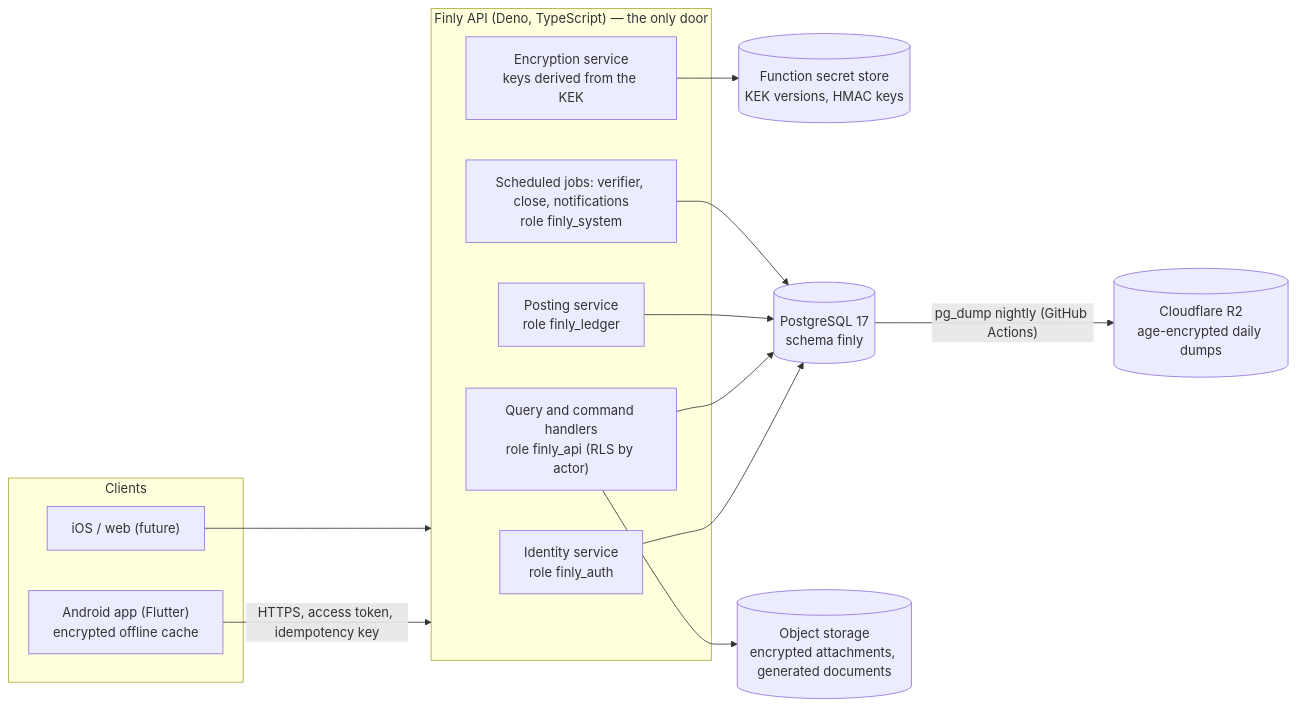
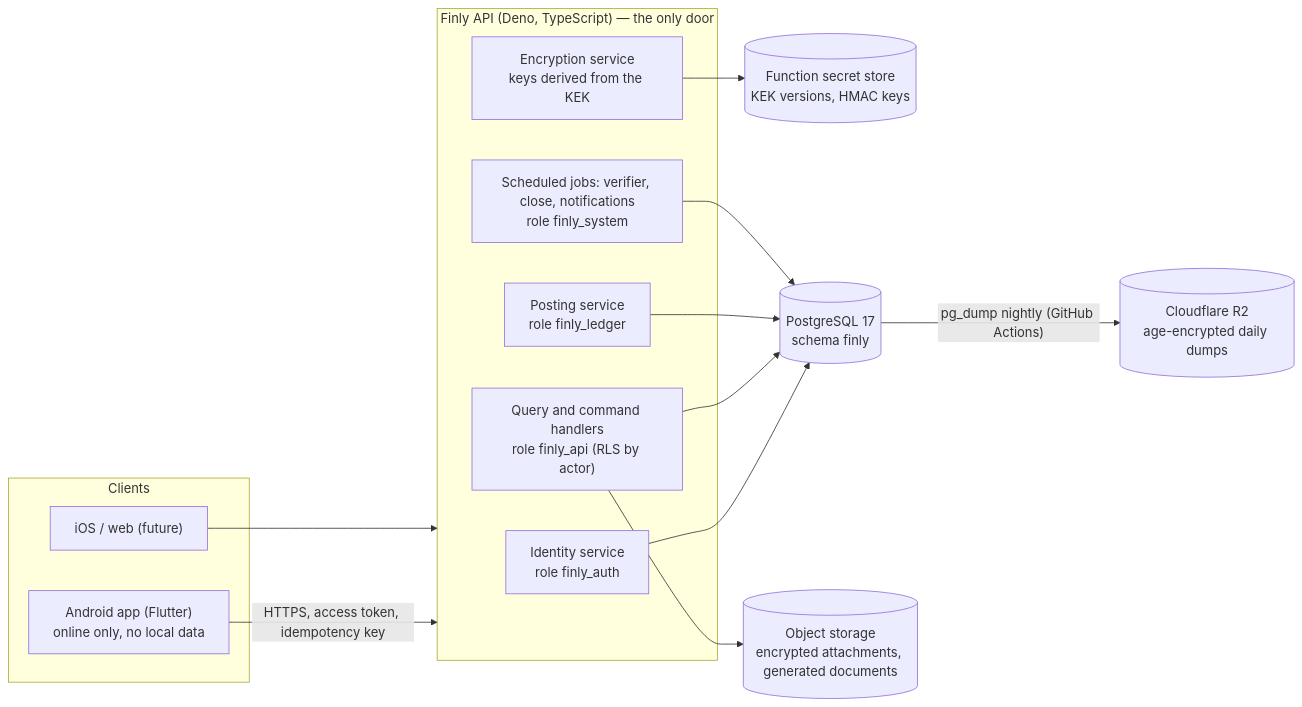
Before and after one commit to thehummingbirdsrudios-lgtm/Finly: the first of 2 diagrams in docs/database/01-architecture.md, drawn with Mermaid. The commit also changed other lines of this file and 20 other files, not shown here.

First line of the commit message:
feat(db): acknowledgement, account activation and online-only schema (migration 0010)

````diff
--- a/docs/database/01-architecture.md
+++ b/docs/database/01-architecture.md
@@ -47,28 +47,28 @@
 ```mermaid
 flowchart LR
   subgraph Clients
-    android["Android app (Flutter)<br/>encrypted offline cache"]
+    android["Android app (Flutter)<br/>online only, no local data"]
     future["iOS / web (future)"]
   end
   subgraph Backend["Finly API (Deno, TypeScript) — the only door"]
     auth["Identity service<br/>role finly_auth"]
     query["Query and command handlers<br/>role finly_api (RLS by actor)"]
     ledger["Posting service<br/>role finly_ledger"]
     jobs["Scheduled jobs: verifier, close, notifications<br/>role finly_system"]
     crypto["Encryption service<br/>keys derived from the KEK"]
   end
   secrets[("Function secret store<br/>KEK versions, HMAC keys")]
   db[("PostgreSQL 17<br/>schema finly")]
   blobs[("Object storage<br/>encrypted attachments, generated documents")]
   backup[("Cloudflare R2<br/>age-encrypted daily dumps")]
 
   android -->|"HTTPS, access token, idempotency key"| Backend
   future --> Backend
   auth --> db
   query --> db
   ledger --> db
   jobs --> db
   crypto --> secrets
   query --> blobs
   db -->|"pg_dump nightly (GitHub Actions)"| backup
 ```
````
